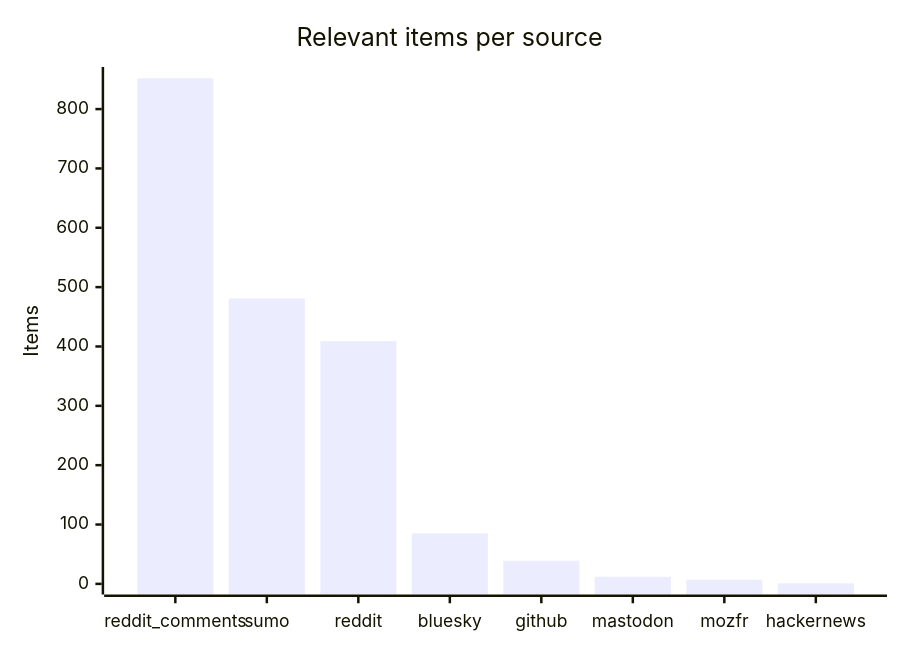
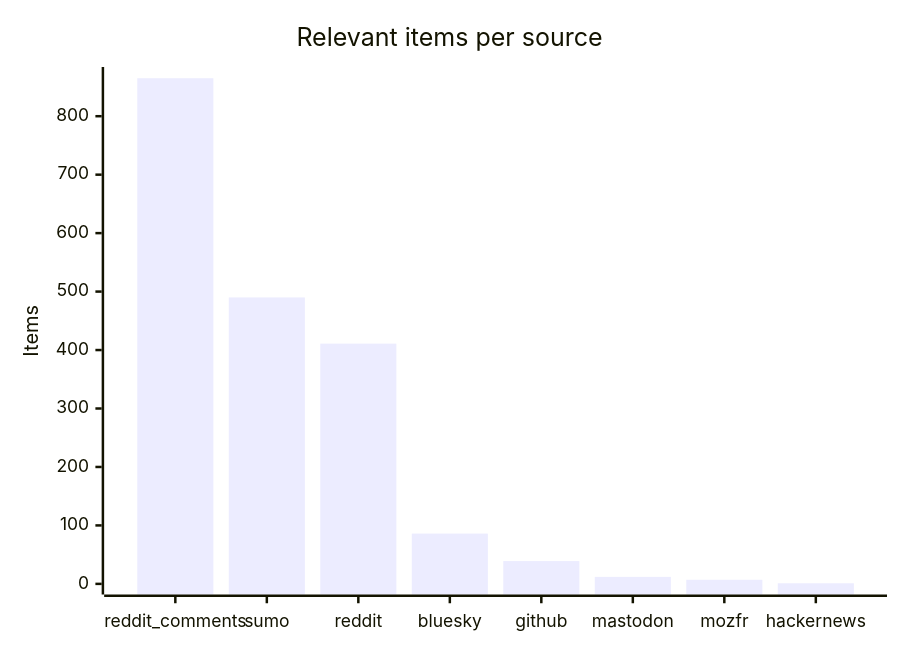
The third of 4 diagrams in README.md (martinbalfanz/social-scanner-reports), drawn with Mermaid before and after one commit. The commit also changed other lines of this file and 4 other files, not shown here.

````diff
--- a/README.md
+++ b/README.md
@@ -48,7 +48,7 @@
 ```mermaid
 xychart-beta
     title "Relevant items per source"
     x-axis ["reddit_comments", "sumo", "reddit", "bluesky", "github", "mastodon", "mozfr", "hackernews"]
-    y-axis "Items" 0 --> 853
-    bar [852, 481, 409, 85, 39, 12, 7, 1]
+    y-axis "Items" 0 --> 866
+    bar [865, 490, 411, 86, 39, 12, 7, 1]
 ```
````
